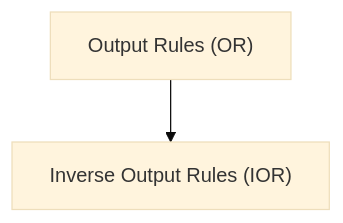
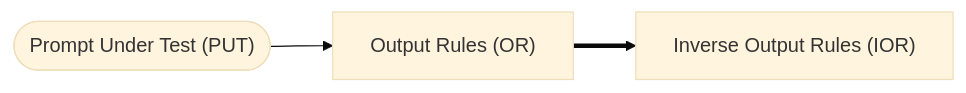
One commit to microsoft/promptpex changed the fourth of 5 diagrams in docs/src/content/docs/reference/example.md. Above: the diagram before and after it, drawn with Mermaid (base theme). The commit also changed other lines of this file and 8 other files, not shown here.

````diff
--- a/docs/src/content/docs/reference/example.md
+++ b/docs/src/content/docs/reference/example.md
@@ -65,7 +71,9 @@
 ```mermaid
-graph TD
+graph LR
+    PUT(["Prompt Under Test (PUT)"])
     OR["Output Rules (OR)"]
     IOR["Inverse Output Rules (IOR)"]
 
-    OR --> IOR
+    PUT --> OR
+    OR ==> IOR
 ```
````
